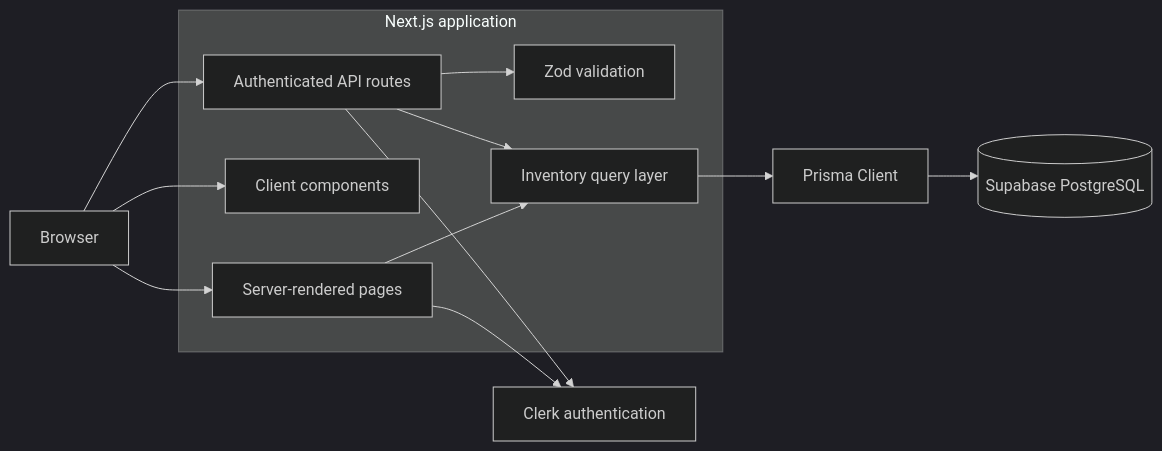
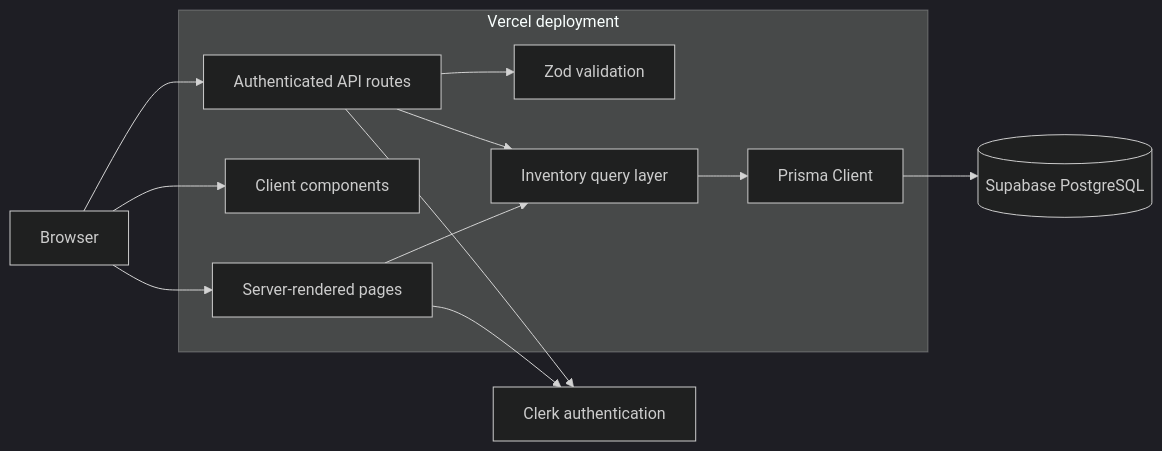
One commit to aidankim324/MyKitchen changed the diagram in README.md. Above: the diagram before and after it, drawn with Mermaid (dark theme). The commit also changed other lines of this file, not shown here.

````diff
--- a/README.md
+++ b/README.md
@@ -106,28 +117,28 @@
 ```mermaid
 flowchart LR
     Browser[Browser]
 
-    subgraph NextJS[Next.js application]
+    subgraph Vercel[Vercel deployment]
         Pages[Server-rendered pages]
         Components[Client components]
         API[Authenticated API routes]
         Validation[Zod validation]
         Queries[Inventory query layer]
+        Prisma[Prisma Client]
     end
 
     Clerk[Clerk authentication]
-    Prisma[Prisma Client]
     Database[(Supabase PostgreSQL)]
 
     Browser --> Pages
     Browser --> Components
     Browser --> API
 
     Pages --> Clerk
     API --> Clerk
     API --> Validation
     Pages --> Queries
     API --> Queries
     Queries --> Prisma
     Prisma --> Database
 ```
````
